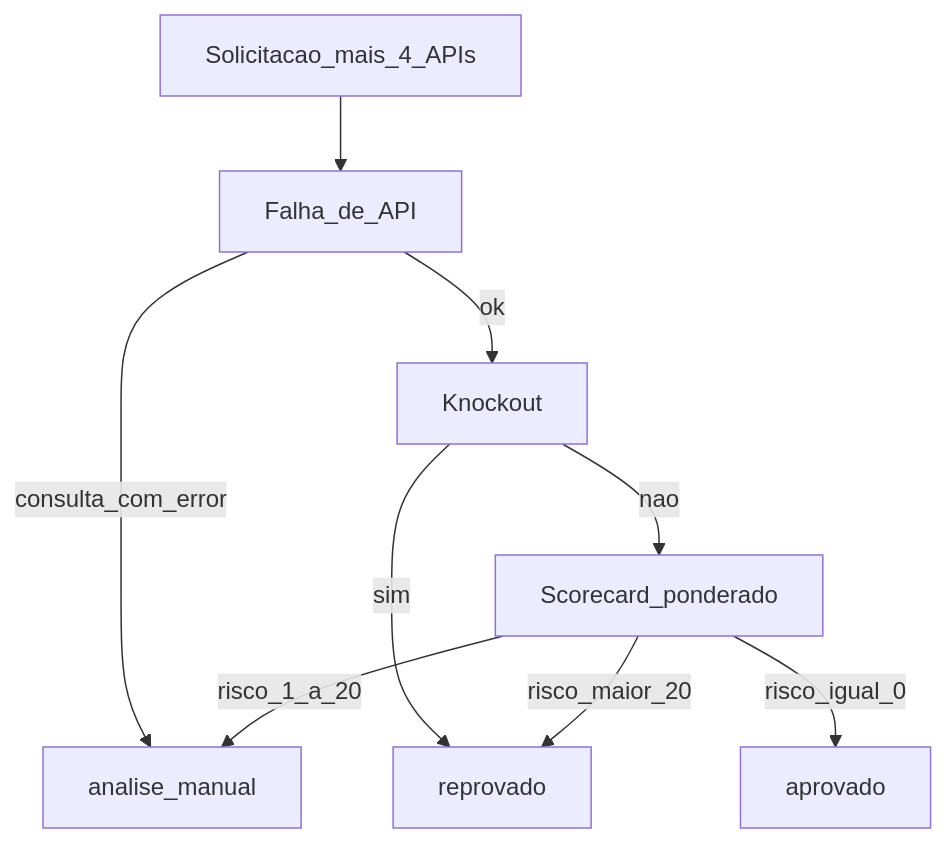
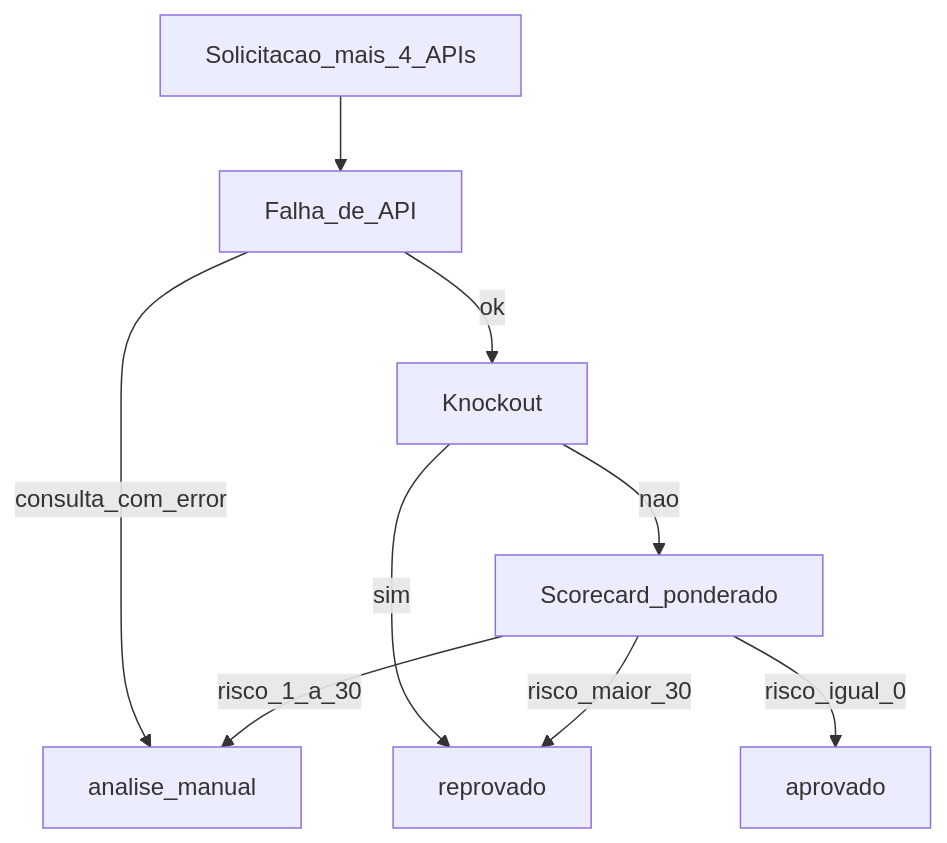
The diagram in README.md (EduardoSRTolentino/case-liora), drawn with Mermaid before and after one commit. The commit also changed other lines of this file and 1 other file, not shown here.

````diff
--- a/README.md
+++ b/README.md
@@ -63,19 +63,19 @@
 ```mermaid
 flowchart TD
   inputs[Solicitacao_mais_4_APIs]
   falha[Falha_de_API]
   knock[Knockout]
   score[Scorecard_ponderado]
   aprovado[aprovado]
   manual[analise_manual]
   reprovado[reprovado]
 
   inputs --> falha
   falha -->|consulta_com_error| manual
   falha -->|ok| knock
   knock -->|sim| reprovado
   knock -->|nao| score
   score -->|risco_igual_0| aprovado
-  score -->|risco_1_a_20| manual
-  score -->|risco_maior_20| reprovado
+  score -->|risco_1_a_30| manual
+  score -->|risco_maior_30| reprovado
 ```
````
